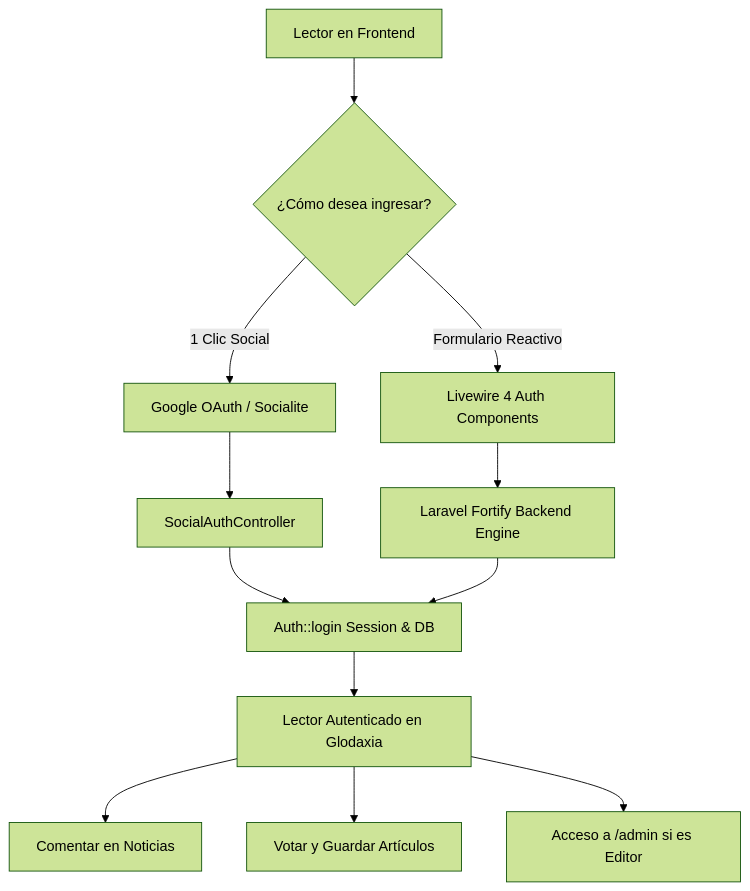
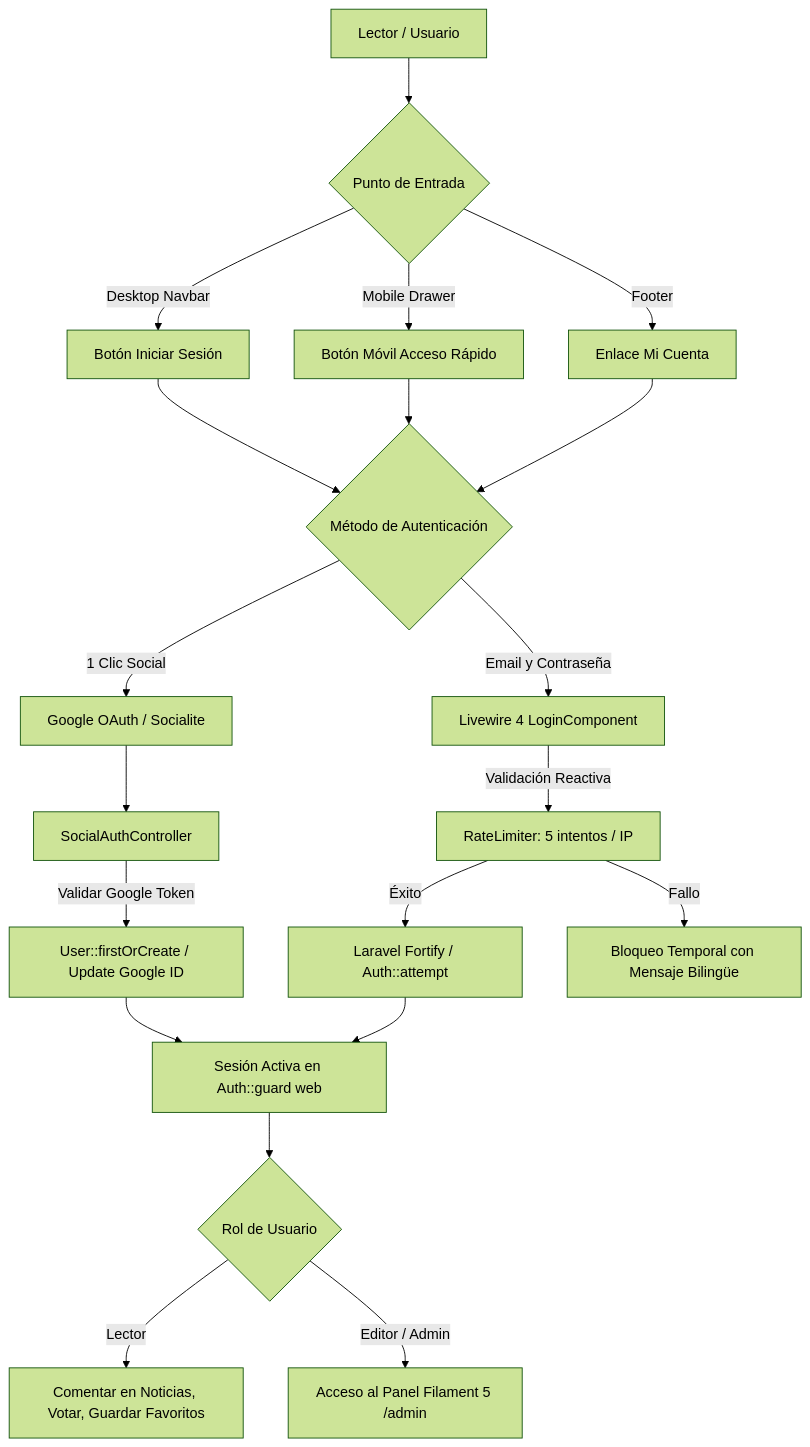
Before and after one commit to funcion/news: the diagram in docs/AUTH_SYSTEM_GUIDE.md, drawn with Mermaid (forest theme). The commit also changed other lines of this file, not shown here.

Commit message:
docs: Complete comprehensive master guide for authentication system in docs/AUTH_SYSTEM_GUIDE.md

````diff
--- a/docs/AUTH_SYSTEM_GUIDE.md
+++ b/docs/AUTH_SYSTEM_GUIDE.md
@@ -14,14 +20,29 @@
 ```mermaid
 graph TD
-    A[Lector en Frontend] --> B{¿Cómo desea ingresar?}
-    B -->|1 Clic Social| C[Google OAuth / Socialite]
-    B -->|Formulario Reactivo| D[Livewire 4 Auth Components]
-    C --> E[SocialAuthController]
-    D --> F[Laravel Fortify Backend Engine]
-    E --> G[Auth::login Session & DB]
-    F --> G
-    G --> H[Lector Autenticado en Glodaxia]
-    H --> I[Comentar en Noticias]
-    H --> J[Votar y Guardar Artículos]
-    H --> K[Acceso a /admin si es Editor]
+    A[Lector / Usuario] --> B{Punto de Entrada}
+    
+    B -->|Desktop Navbar| C[Botón Iniciar Sesión]
+    B -->|Mobile Drawer| D[Botón Móvil Acceso Rápido]
+    B -->|Footer| E[Enlace Mi Cuenta]
+    
+    C --> F{Método de Autenticación}
+    D --> F
+    E --> F
+    
+    F -->|1 Clic Social| G[Google OAuth / Socialite]
+    F -->|Email y Contraseña| H[Livewire 4 LoginComponent]
+    
+    G --> I[SocialAuthController]
+    I -->|Validar Google Token| J[User::firstOrCreate / Update Google ID]
+    
+    H -->|Validación Reactiva| K[RateLimiter: 5 intentos / IP]
+    K -->|Éxito| L[Laravel Fortify / Auth::attempt]
+    K -->|Fallo| M[Bloqueo Temporal con Mensaje Bilingüe]
+    
+    J --> N[Sesión Activa en Auth::guard web]
+    L --> N
+    
+    N --> O{Rol de Usuario}
+    O -->|Lector| P[Comentar en Noticias, Votar, Guardar Favoritos]
+    O -->|Editor / Admin| Q[Acceso al Panel Filament 5 /admin]
 ```
````
